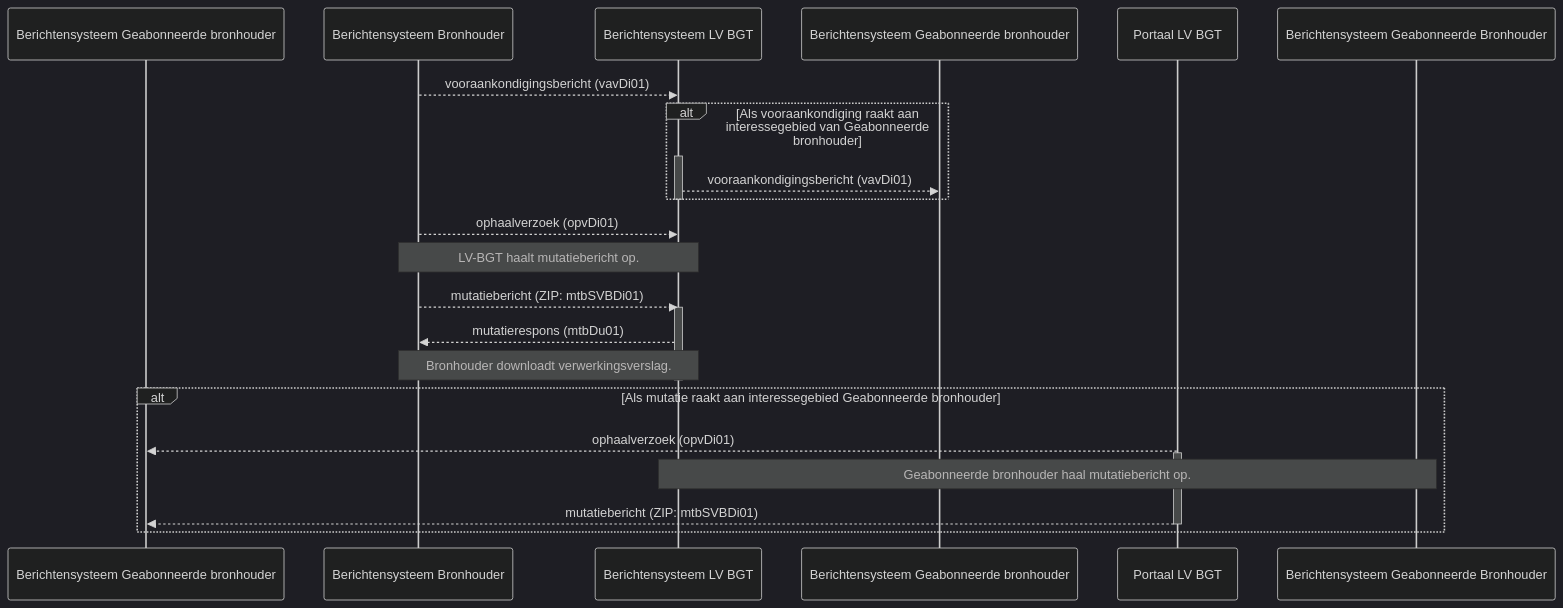
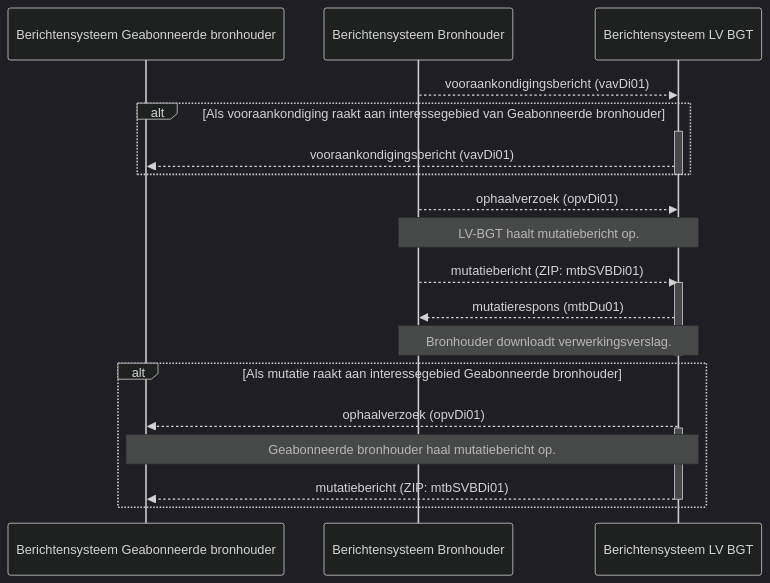
Before and after one commit to Geonovum/IMGeo: the second of 2 diagrams in werkafspraken/bgt-berichtenverkeer/2-werkafspraak.md, drawn with Mermaid (dark theme). The commit also changed other lines of this file, not shown here.

```diff
--- a/werkafspraken/bgt-berichtenverkeer/2-werkafspraak.md
+++ b/werkafspraken/bgt-berichtenverkeer/2-werkafspraak.md
@@ -93,27 +93,26 @@
 <div class="mermaid">
 sequenceDiagram          
     participant Berichtensysteem Geabonneerde bronhouder    
     participant Berichtensysteem Bronhouder  
     participant Berichtensysteem LV BGT   
     Berichtensysteem Bronhouder-->>Berichtensysteem LV BGT: vooraankondigingsbericht (vavDi01)
     alt Als vooraankondiging raakt aan interessegebied van Geabonneerde bronhouder
     activate Berichtensysteem LV BGT    
-    Berichtensysteem LV BGT-->>Berichtensysteem Geabonneerde  bronhouder: vooraankondigingsbericht (vavDi01)
+    Berichtensysteem LV BGT-->>Berichtensysteem Geabonneerde bronhouder: vooraankondigingsbericht (vavDi01)
     end
     deactivate Berichtensysteem LV BGT
     Berichtensysteem Bronhouder-->>Berichtensysteem LV BGT: ophaalverzoek (opvDi01)
 	Note over Berichtensysteem Bronhouder ,  Berichtensysteem LV BGT: LV-BGT haalt mutatiebericht op.
 	Berichtensysteem Bronhouder-->>Berichtensysteem LV BGT: mutatiebericht (ZIP: mtbSVBDi01)		   
     activate Berichtensysteem LV BGT
 	Berichtensysteem LV BGT-->>Berichtensysteem Bronhouder: mutatierespons (mtbDu01)	
     Note over Berichtensysteem Bronhouder ,  Berichtensysteem LV BGT: Bronhouder downloadt verwerkingsverslag.
     deactivate Berichtensysteem LV BGT
     alt Als mutatie raakt aan interessegebied Geabonneerde bronhouder
-    Portaal LV BGT-->>Berichtensysteem Geabonneerde bronhouder: ophaalverzoek (opvDi01)
-    activate Portaal LV BGT
-    Note over Berichtensysteem Geabonneerde Bronhouder, Berichtensysteem LV BGT: Geabonneerde bronhouder haal mutatiebericht op.
-	Portaal LV BGT-->>Berichtensysteem Geabonneerde bronhouder: mutatiebericht (ZIP: mtbSVBDi01)
-	
-    deactivate Portaal LV BGT
+    Berichtensysteem LV BGT-->>Berichtensysteem Geabonneerde bronhouder: ophaalverzoek (opvDi01)
+    activate Berichtensysteem LV BGT
+    Note over Berichtensysteem Geabonneerde bronhouder, Berichtensysteem LV BGT: Geabonneerde bronhouder haal mutatiebericht op.
+	Berichtensysteem LV BGT-->>Berichtensysteem Geabonneerde bronhouder: mutatiebericht (ZIP: mtbSVBDi01)	
+    deactivate Berichtensysteem LV BGT
     end
 </div>
```
